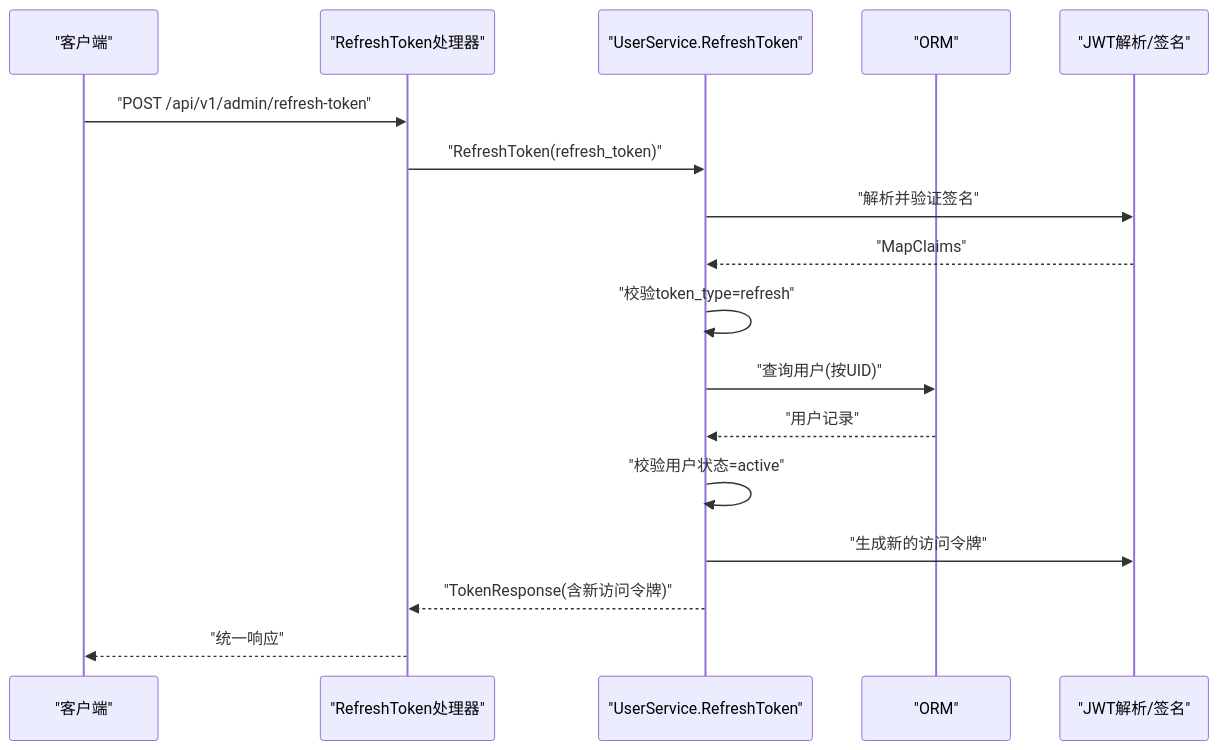
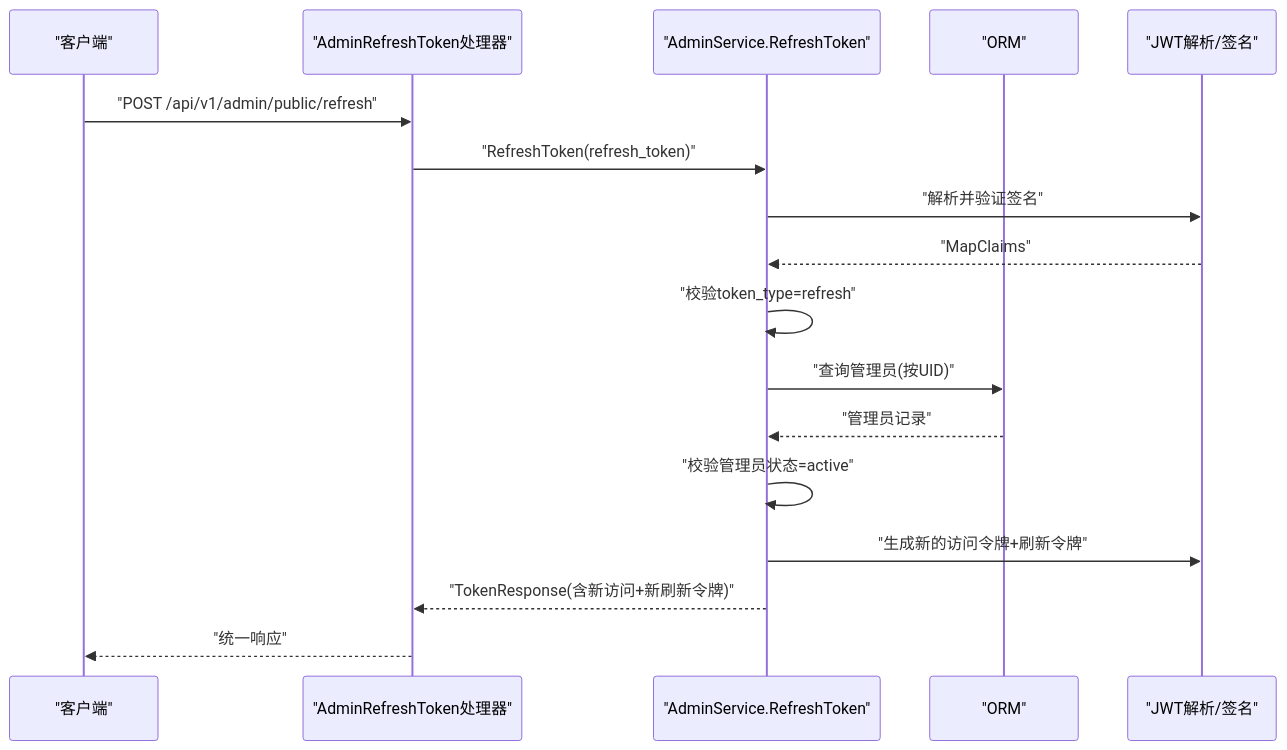
One commit to wuwuseo/e-sports-go-admin changed the fifth of 8 diagrams in .qoder/repowiki/zh/content/核心模块/用户认证模块.md. Above: the diagram before and after it, drawn with Mermaid. The commit also changed other lines of this file and 42 other files, not shown here.

````diff
--- a/.qoder/repowiki/zh/content/核心模块/用户认证模块.md
+++ b/.qoder/repowiki/zh/content/核心模块/用户认证模块.md
@@ -220,19 +239,19 @@
 ```mermaid
 sequenceDiagram
 participant C as "客户端"
-participant H as "RefreshToken处理器"
-participant S as "UserService.RefreshToken"
+participant H as "AdminRefreshToken处理器"
+participant S as "AdminService.RefreshToken"
 participant O as "ORM"
 participant T as "JWT解析/签名"
-C->>H : "POST /api/v1/admin/refresh-token"
+C->>H : "POST /api/v1/admin/public/refresh"
 H->>S : "RefreshToken(refresh_token)"
 S->>T : "解析并验证签名"
 T-->>S : "MapClaims"
 S->>S : "校验token_type=refresh"
-S->>O : "查询用户(按UID)"
-O-->>S : "用户记录"
-S->>S : "校验用户状态=active"
-S->>T : "生成新的访问令牌"
-S-->>H : "TokenResponse(含新访问令牌)"
+S->>O : "查询管理员(按UID)"
+O-->>S : "管理员记录"
+S->>S : "校验管理员状态=active"
+S->>T : "生成新的访问令牌+刷新令牌"
+S-->>H : "TokenResponse(含新访问+新刷新令牌)"
 H-->>C : "统一响应"
 ```
````
